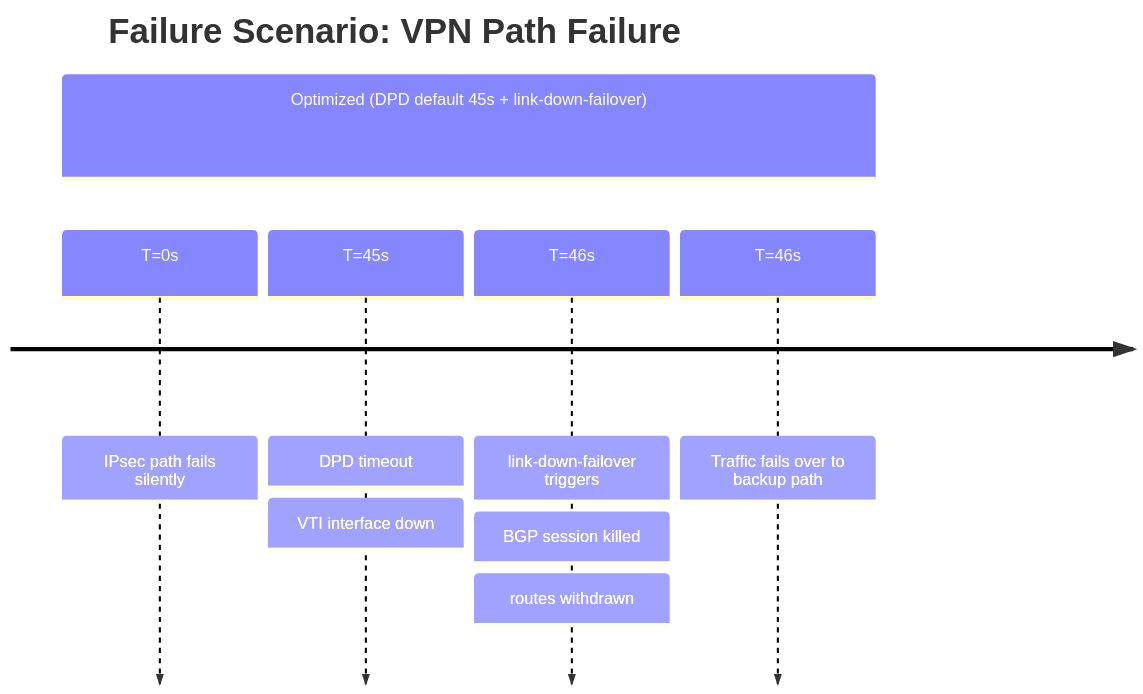
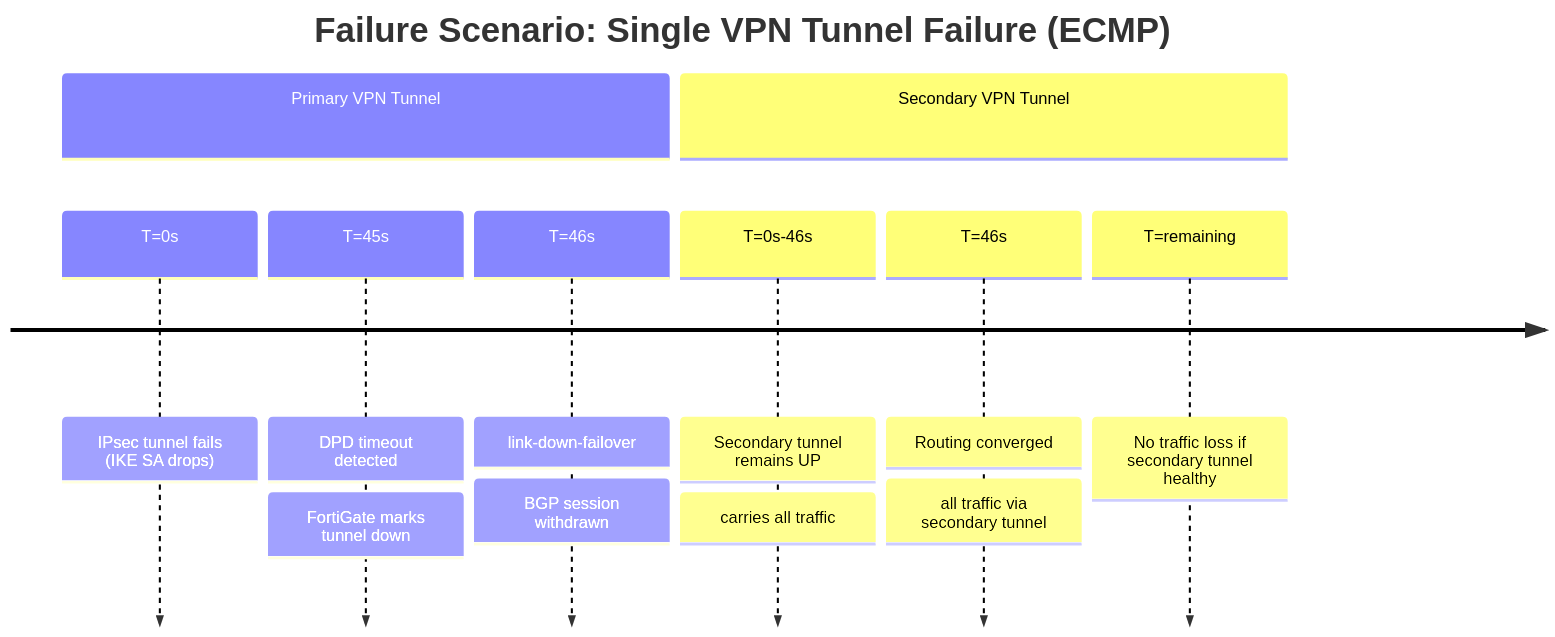
Before and after one commit to neil-booker-cko/docs: the fourth of 4 diagrams in docs/azure/bgp_stack_vpn_over_expressroute.md, drawn with Mermaid. The commit also changed other lines of this file and 130 other files, not shown here.

````diff
--- a/docs/azure/bgp_stack_vpn_over_expressroute.md
+++ b/docs/azure/bgp_stack_vpn_over_expressroute.md
@@ -101,9 +147,13 @@
 ```mermaid
+
 timeline
-    title Failure Scenario: VPN Path Failure
-    section Optimized (DPD default 45s + link-down-failover)
-        T=0s : IPsec path fails silently
-        T=45s : DPD timeout : VTI interface down
-        T=46s : link-down-failover triggers : BGP session killed : routes withdrawn
-        T=46s : Traffic fails over to backup path
+    title Failure Scenario: Single VPN Tunnel Failure (ECMP)
+    section Primary VPN Tunnel
+        T=0s : IPsec tunnel fails (IKE SA drops)
+        T=45s : DPD timeout detected : FortiGate marks tunnel down
+        T=46s : link-down-failover : BGP session withdrawn
+    section Secondary VPN Tunnel
+        T=0s-46s : Secondary tunnel remains UP : carries all traffic
+        T=46s : Routing converged : all traffic via secondary tunnel
+        T=remaining : No traffic loss if secondary tunnel healthy
 ```
````
